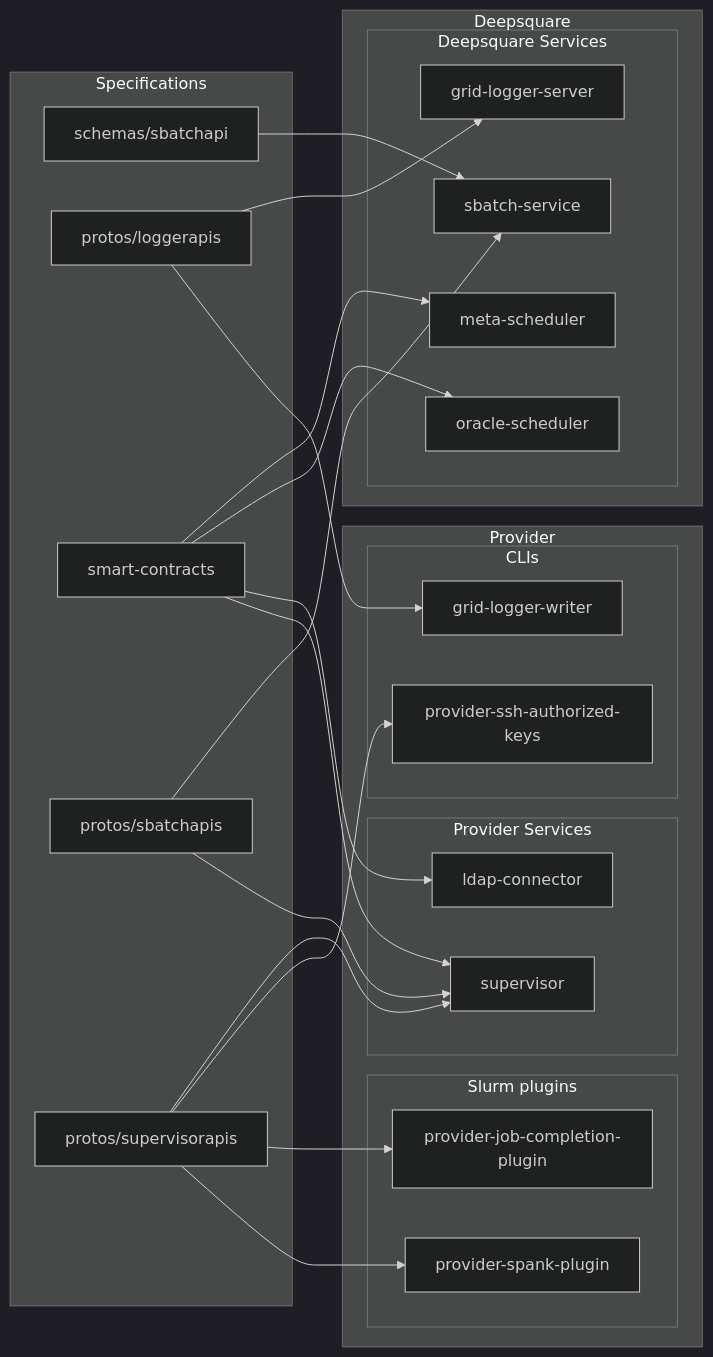
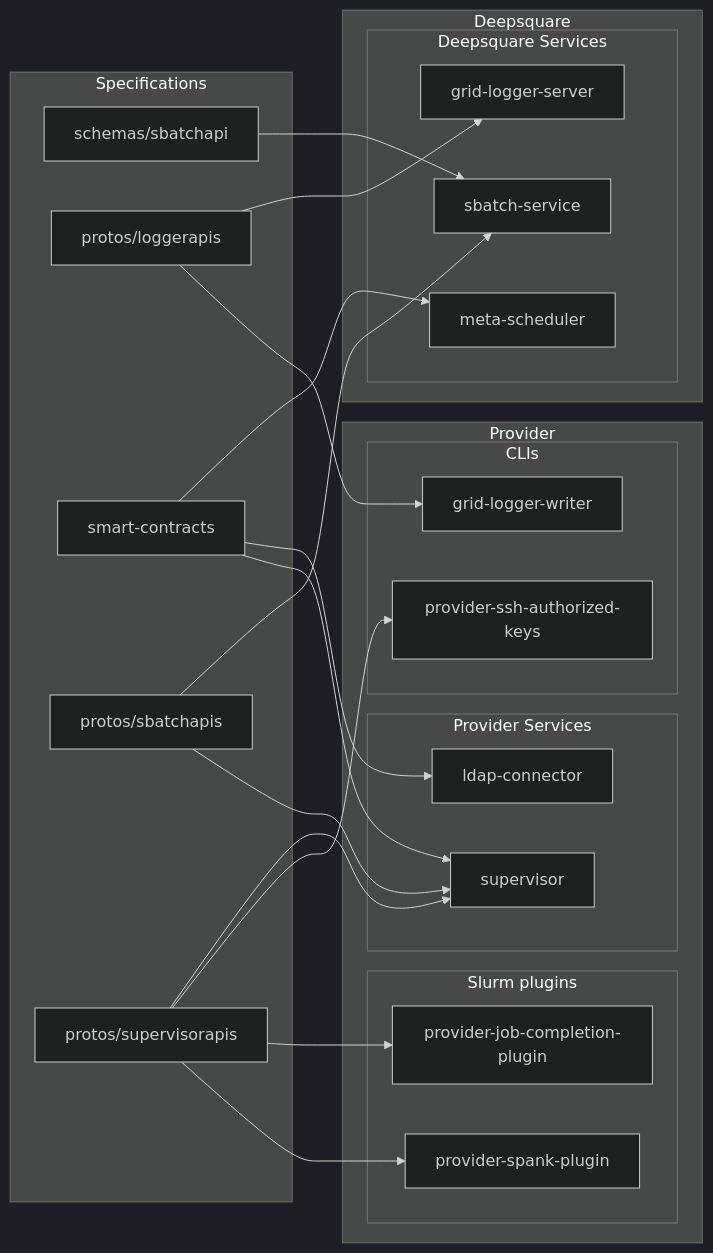
The diagram in README.md (deepsquare-io/grid), drawn with Mermaid before and after one commit. The commit also changed 16 other files, not shown here.

````diff
--- a/README.md
+++ b/README.md
@@ -7,60 +7,58 @@
 ```mermaid
 %%{
   init: {
     "theme": "dark",
     "logLevel": "info",
     "flowchart": {
       "htmlLabels": true
     }
   }
 }%%
 flowchart LR
   subgraph Specifications
     schemas/sbatchapi
     protos/loggerapis
     smart-contracts
     protos/sbatchapis
     protos/supervisorapis
   end
 
   subgraph Provider
     subgraph Provider Services
       ldap-connector
       supervisor
     end
 
 
     subgraph CLIs
       grid-logger-writer
       provider-ssh-authorized-keys
     end
 
     subgraph Slurm plugins
       provider-job-completion-plugin
       provider-spank-plugin
     end
   end
 
   subgraph Deepsquare
     subgraph Deepsquare Services
       sbatch-service
       grid-logger-server
       meta-scheduler
-      oracle-scheduler
     end
   end
 
   protos/loggerapis --> grid-logger-server
   protos/loggerapis --> grid-logger-writer
   schemas/sbatchapi --> sbatch-service
   protos/sbatchapis --> sbatch-service
   protos/sbatchapis --> supervisor
   protos/supervisorapis --> supervisor
   protos/supervisorapis --> provider-ssh-authorized-keys
   protos/supervisorapis --> provider-job-completion-plugin
   protos/supervisorapis --> provider-spank-plugin
   smart-contracts --> meta-scheduler
-  smart-contracts --> oracle-scheduler
   smart-contracts --> ldap-connector
   smart-contracts --> supervisor
 ```
````
